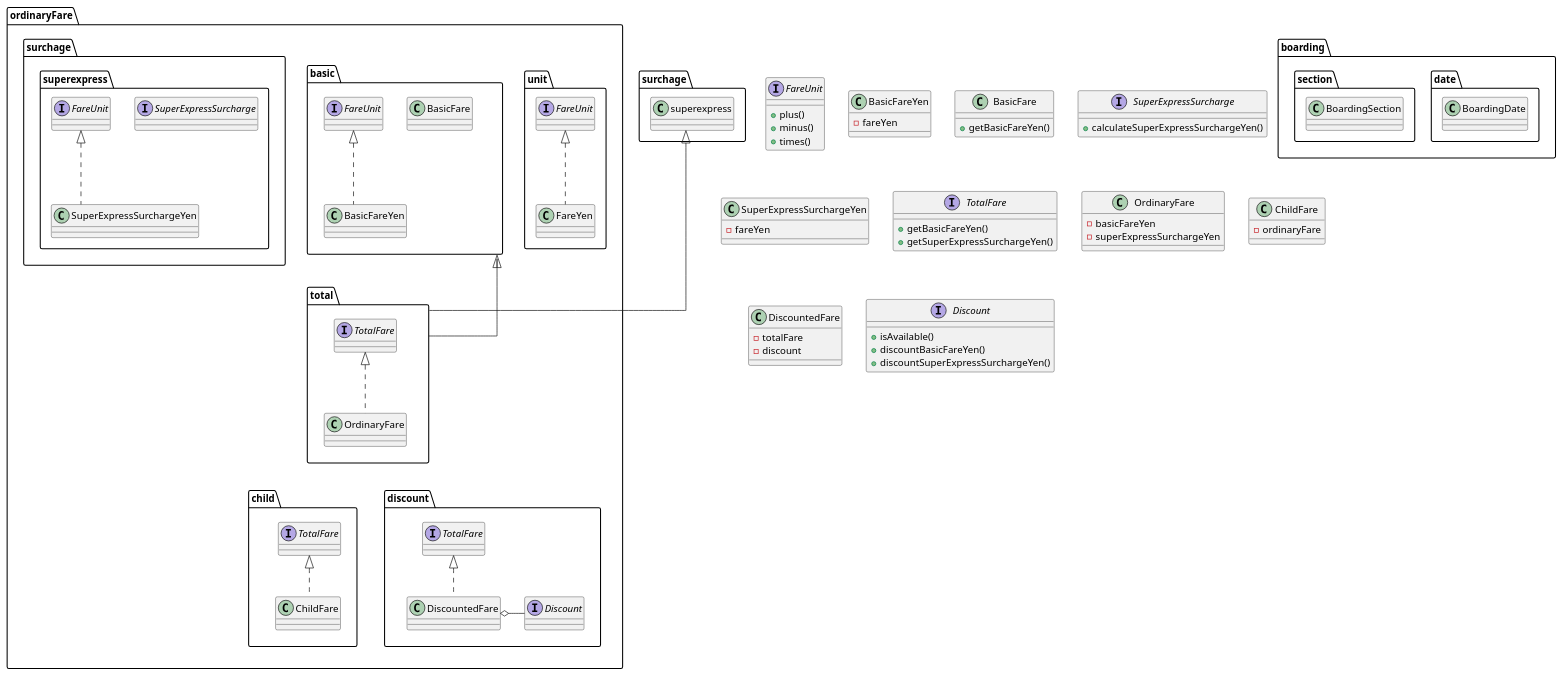
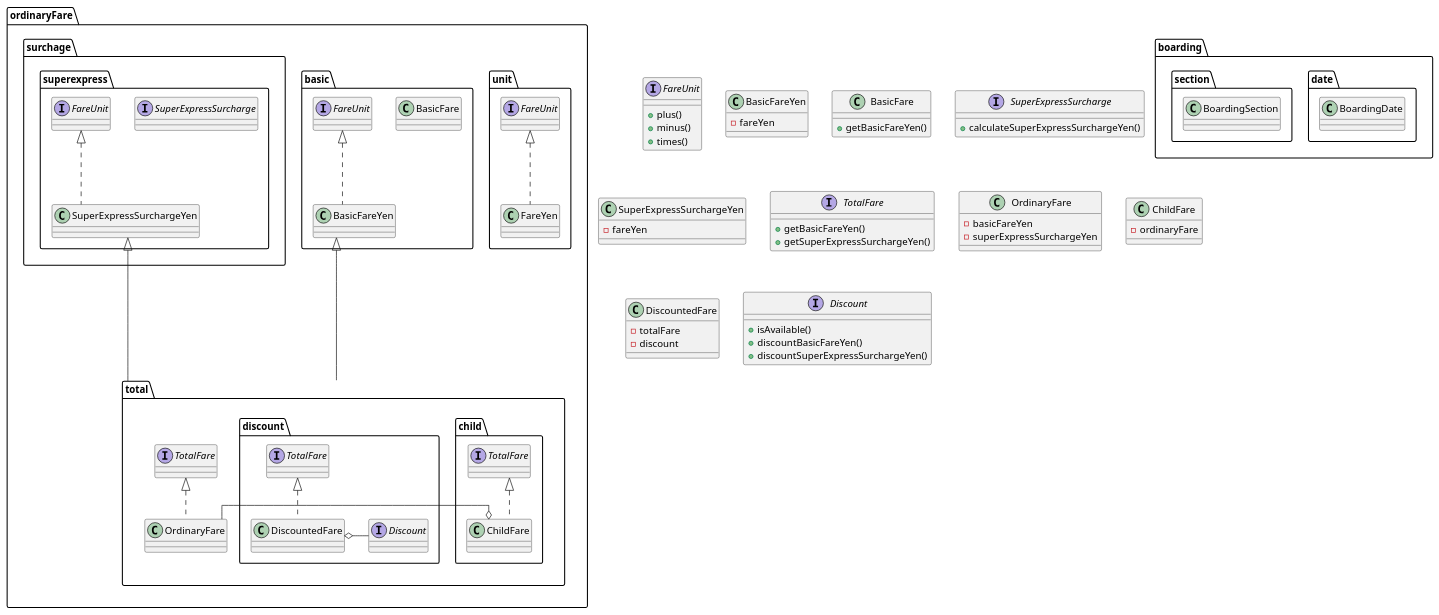
The diagram in src/main/java/jp/co/interprism/training/DDD3/jr/pricing/jr-pricing.puml (komatsu-yuki/komatsu-jr-pricing), drawn with PlantUML before and after one commit. The commit also changed 21 other files, not shown here.

Commit message:
パッケージ構造の変更とクラス図の修正をした

```diff
--- a/src/main/java/jp/co/interprism/training/DDD3/jr/pricing/jr-pricing.puml
+++ b/src/main/java/jp/co/interprism/training/DDD3/jr/pricing/jr-pricing.puml
@@ -1,102 +1,100 @@
 @startuml
 skinparam linetype ortho
 
 package boarding {
     package date {
         class BoardingDate
     }
     package section {
         class BoardingSection
     }
 }
 
 package ordinaryFare {
     package unit {
         interface FareUnit
         class FareYen implements FareUnit
     }
 
-    package total {
-        interface TotalFare
-        class OrdinaryFare implements TotalFare
-    }
-
     package basic {
         class BasicFare
         class BasicFareYen implements FareUnit
     }
     package surchage.superexpress {
         interface SuperExpressSurcharge
         class SuperExpressSurchargeYen implements FareUnit
     }
 
-    package child {
-        class ChildFare implements TotalFare
-    }
+    package total {
+        interface TotalFare
+        class OrdinaryFare implements TotalFare
 
-    package discount {
-        class DiscountedFare implements TotalFare
-        interface Discount
+        package child {
+            class ChildFare implements TotalFare
+        }
+
+        package discount {
+            class DiscountedFare implements TotalFare
+            interface Discount
+        }
     }
 }
 
 
-basic <|--- total
-surchage.superexpress <|--- total
-
+BasicFareYen <|--- total
+SuperExpressSurchargeYen <|--- total
+OrdinaryFare -o ChildFare
 DiscountedFare o- Discount
 
-total -[hidden]-- child
-total -[hidden]-- discount
 
 
 
 interface FareUnit {
     + plus()
     + minus()
     + times()
 }
 
 class BasicFareYen {
     - fareYen
 }
 
 class BasicFare {
     + getBasicFareYen()
 }
 
 interface SuperExpressSurcharge {
     + calculateSuperExpressSurchargeYen()
 }
 
 class SuperExpressSurchargeYen {
     - fareYen
 }
 
 interface TotalFare {
     + getBasicFareYen()
     + getSuperExpressSurchargeYen()
 }
 
 class OrdinaryFare {
     - basicFareYen
     - superExpressSurchargeYen
 }
 
 
 class ChildFare {
     - ordinaryFare
 }
 
 class DiscountedFare {
     - totalFare
     - discount
 }
 
 interface Discount {
     + isAvailable()
     + discountBasicFareYen()
     + discountSuperExpressSurchargeYen()
 }
 
 @enduml
```
